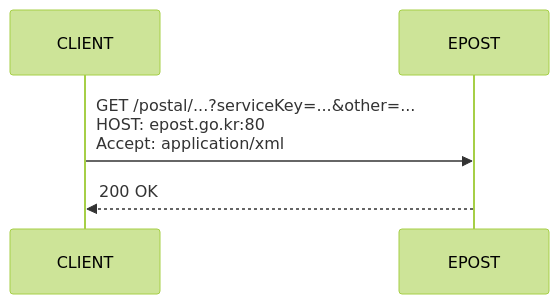
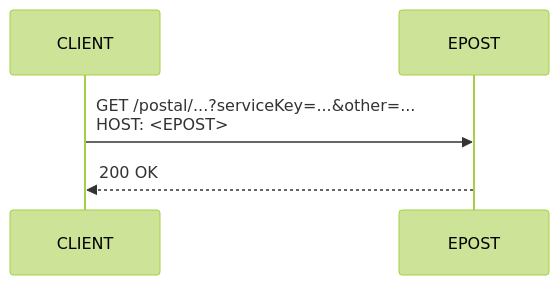
Before and after one commit to jinahya/epost-openapi-proxy: the first of 3 diagrams in README.md, drawn with Mermaid (forest theme). The commit also changed other lines of this file, not shown here.

````diff
--- a/README.md
+++ b/README.md
@@ -15,6 +15,6 @@
 ```mermaid
-%%{init: { 'sequence': {'messageAlign': 'left', "fontFamily": "monospace"} }}%%
+%%{init: { 'sequence': {'messageAlign': 'left'}, 'fontFamily': 'monospace' }}%%
 sequenceDiagram
-    CLIENT->>EPOST: GET /postal/...?serviceKey=...&other=...<br>HOST: epost.go.kr:80<br>Accept: application/xml
+    CLIENT->>EPOST: GET /postal/...?serviceKey=...&other=...<br>HOST: <EPOST>
     EPOST-->>CLIENT: 200 OK
 ```
````
